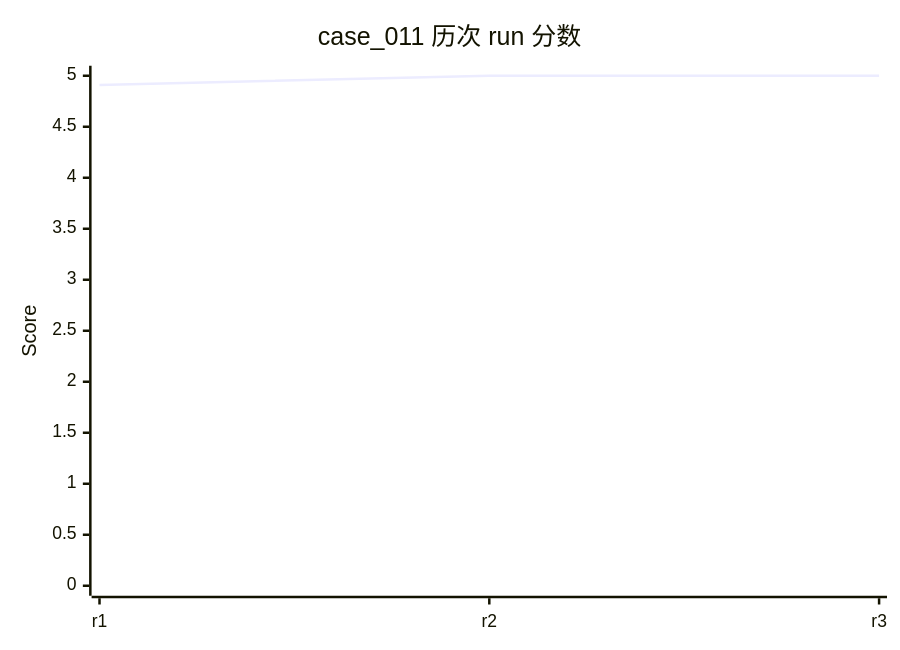
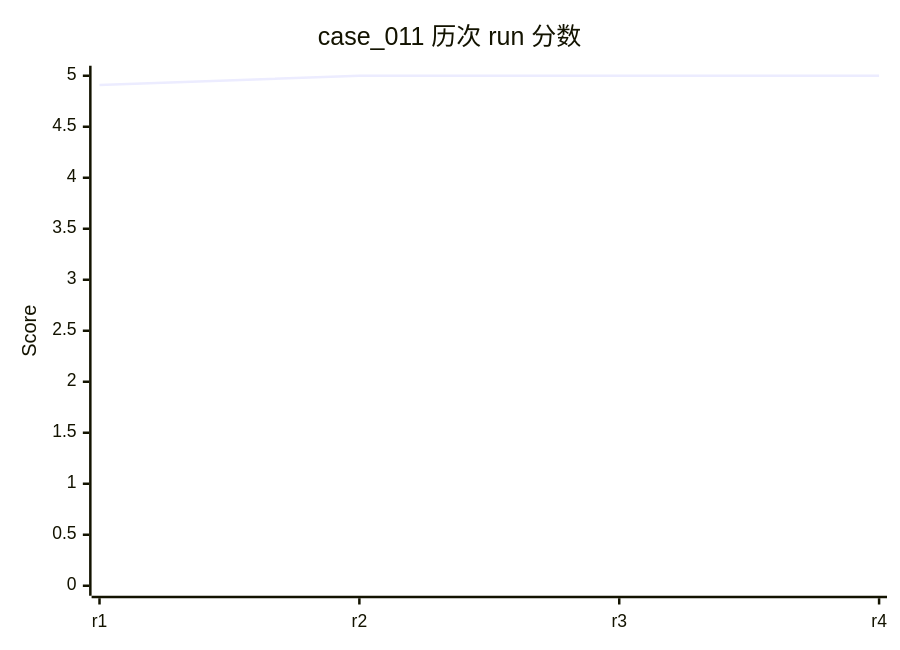
One commit to rushengzhou/sid-code changed diagram 16 of 58 in evals/DASHBOARD.md. Above: the diagram before and after it, drawn with Mermaid. The commit also changed other lines of this file and 57 other files, not shown here.

````diff
--- a/evals/DASHBOARD.md
+++ b/evals/DASHBOARD.md
@@ -372,7 +374,7 @@
 ```mermaid
 xychart-beta
     title "case_011 历次 run 分数"
-    x-axis [r1, r2, r3]
+    x-axis [r1, r2, r3, r4]
     y-axis "Score" 0 --> 5
-    line [4.91, 5.00, 5.00]
+    line [4.91, 5.00, 5.00, 5.00]
 ```
````
